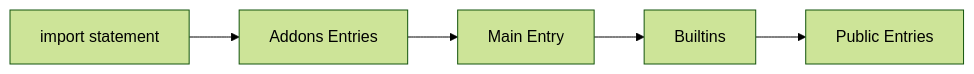
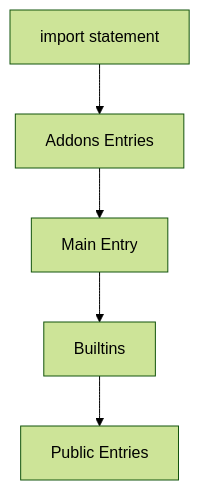
Before and after one commit to cammarosano/odoo-ls: the tenth of 13 diagrams in server/docs/python-core-onboarding.md, drawn with Mermaid (forest theme). The commit also changed other lines of this file and 1 other file, not shown here.

````diff
--- a/server/docs/python-core-onboarding.md
+++ b/server/docs/python-core-onboarding.md
@@ -930,13 +940,13 @@
 ```mermaid
-graph LR
-    Import[import statement]
-    Addons[Addons Entries]
-    Main[Main Entry]
-    Builtins[Builtins]
-    Public[Public Entries]
+flowchart TD
+    Import["import statement"]
+    Addons["Addons Entries"]
+    Main["Main Entry"]
+    Builtins["Builtins"]
+    Public["Public Entries"]
     
     Import --> Addons
     Addons --> Main
     Main --> Builtins
     Builtins --> Public
 ```
````
